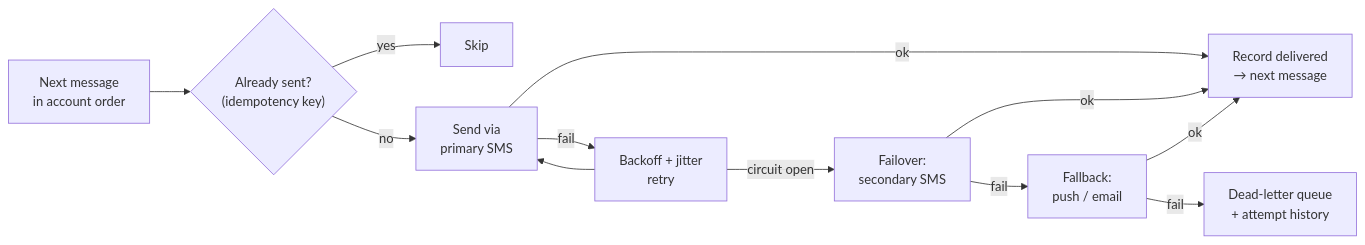
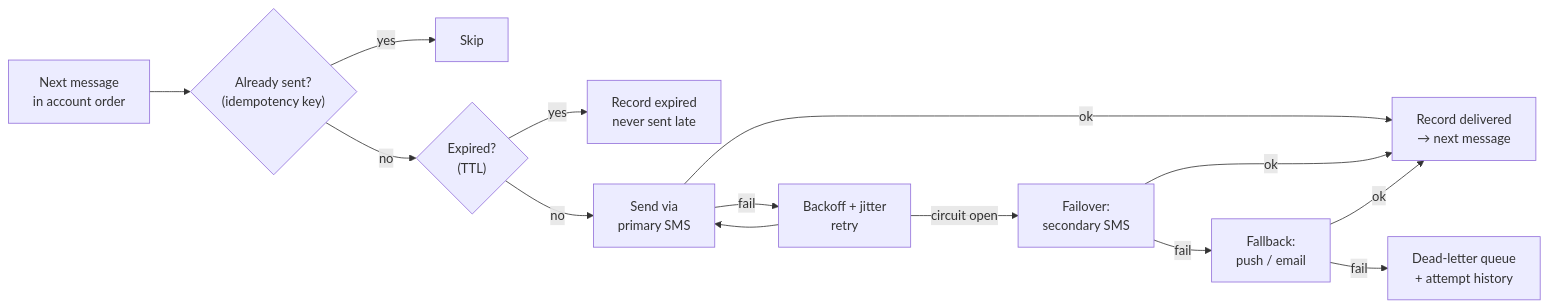
The second of 3 diagrams in README.md (SJSU-CMPE-273-Project/cmpe-273-project), drawn with Mermaid before and after one commit. The commit also changed other lines of this file, not shown here.

First line of the commit message:
Make the README architecture diagram match the code

````diff
--- a/README.md
+++ b/README.md
@@ -133,14 +145,16 @@
 ```mermaid
 flowchart LR
     A["Next message<br/>in account order"] --> B{"Already sent?<br/>(idempotency key)"}
     B -- yes --> Z["Skip"]
-    B -- no --> C["Send via<br/>primary SMS"]
+    B -- no --> T{"Expired?<br/>(TTL)"}
+    T -- yes --> X["Record expired<br/>never sent late"]
+    T -- no --> C["Send via<br/>primary SMS"]
     C -- ok --> D["Record delivered<br/>→ next message"]
     C -- fail --> E["Backoff + jitter<br/>retry"]
     E -- "circuit open" --> F["Failover:<br/>secondary SMS"]
     F -- fail --> G["Fallback:<br/>push / email"]
     G -- fail --> H["Dead-letter queue<br/>+ attempt history"]
     E --> C
     F -- ok --> D
     G -- ok --> D
 ```
````
